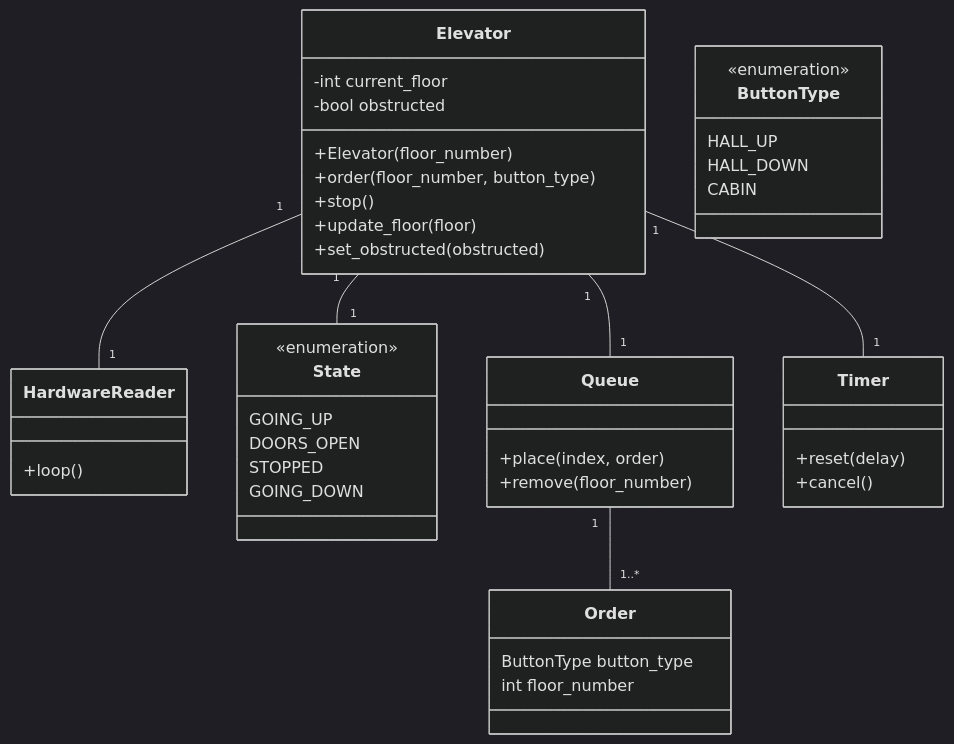
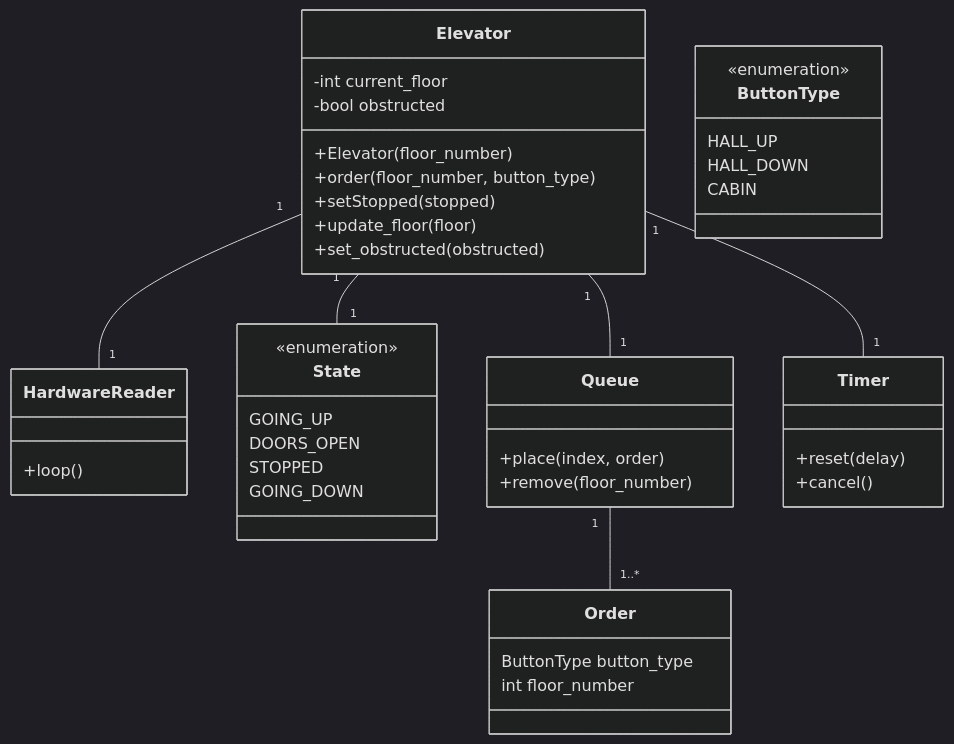
The first of 3 diagrams in docs/README.md (Emil1483/TTK4235-heis), drawn with Mermaid (dark theme) before and after one commit. The commit also changed other lines of this file, not shown here.

Commit message:
add stopped state

````diff
--- a/docs/README.md
+++ b/docs/README.md
@@ -9,53 +9,53 @@
 ```mermaid
 classDiagram
     Elevator "1" -- "1" HardwareReader
     Elevator "1" -- "1" State
     Elevator "1" -- "1" Queue
     Elevator "1" -- "1" Timer
     Queue "1" -- "1..*" Order
 
     class Elevator {
         -int current_floor
         -bool obstructed
 
         +Elevator(floor_number)
         +order(floor_number, button_type)
-        +stop()
+        +setStopped(stopped)
         +update_floor(floor)
         +set_obstructed(obstructed)
     }
 
     class Timer {
         +reset(delay)
         +cancel()
     }
 
     class Queue {
         +place(index, order)
         +remove(floor_number)
     }
 
     class Order {
         ButtonType button_type
         int floor_number
     }
 
     class State {
         <<enumeration>>
         GOING_UP
         DOORS_OPEN
         STOPPED
         GOING_DOWN
     }
 
     class ButtonType {
         <<enumeration>>
         HALL_UP
         HALL_DOWN
         CABIN
     }
 
     class HardwareReader {
         +loop()
     }
 ```
````
